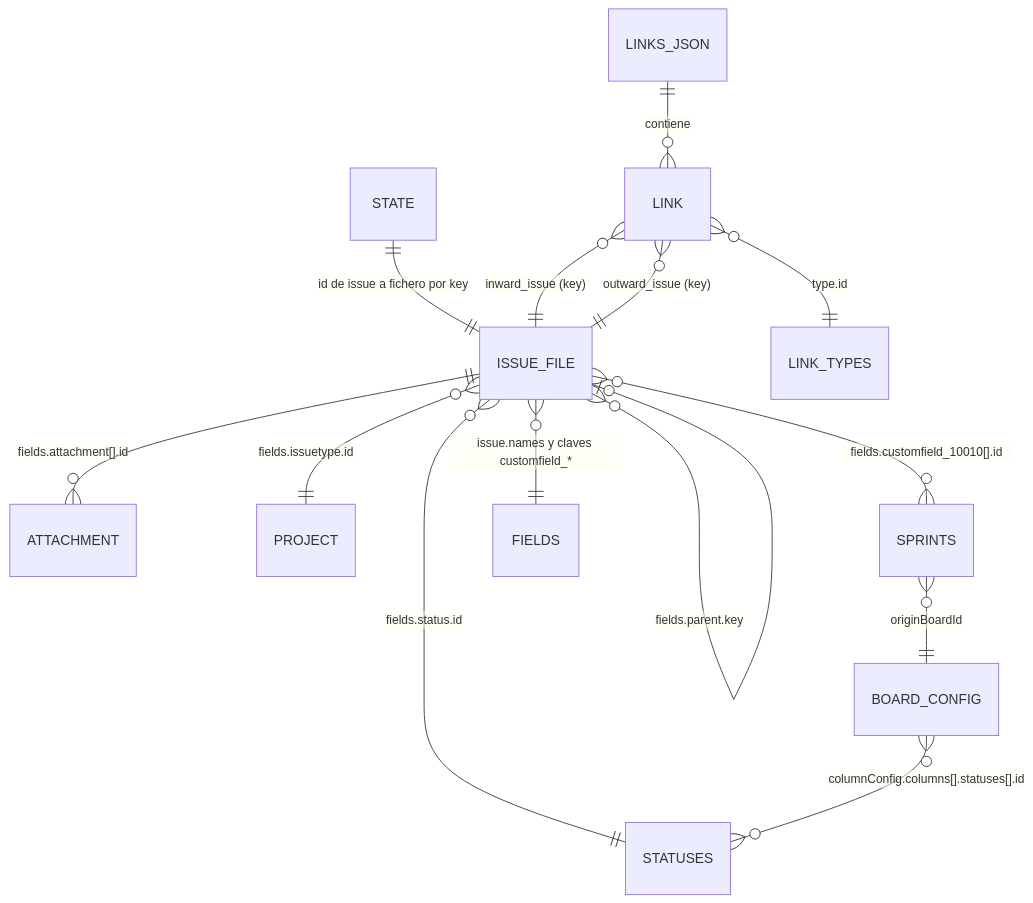
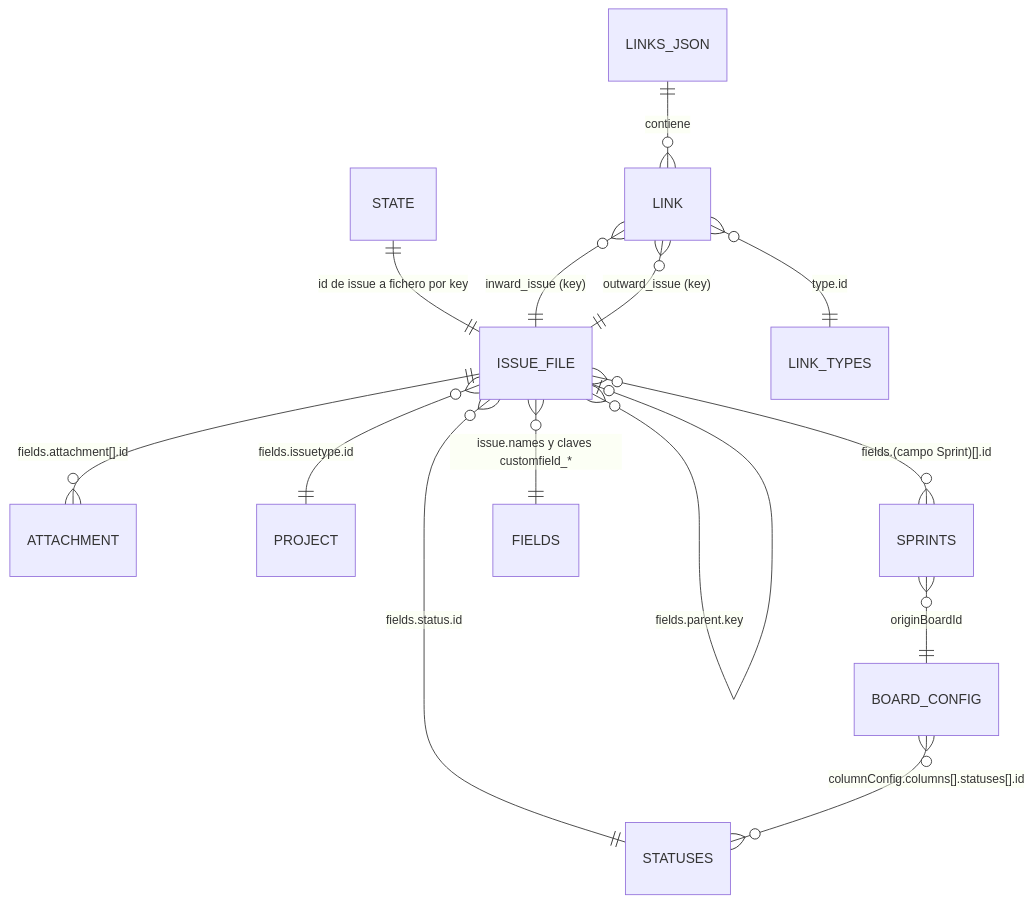
Before and after one commit to alexmarco/jira-project-sync: the second of 2 diagrams in README.md, drawn with Mermaid. The commit also changed other lines of this file and 1 other file, not shown here.

````diff
--- a/README.md
+++ b/README.md
@@ -143,16 +143,16 @@
 ```mermaid
 erDiagram
     STATE ||--|| ISSUE_FILE : "id de issue a fichero por key"
     ISSUE_FILE ||--o{ ATTACHMENT : "fields.attachment[].id"
     ISSUE_FILE }o--o| ISSUE_FILE : "fields.parent.key"
     LINKS_JSON ||--o{ LINK : contiene
     LINK }o--|| ISSUE_FILE : "inward_issue (key)"
     LINK }o--|| ISSUE_FILE : "outward_issue (key)"
     LINK }o--|| LINK_TYPES : "type.id"
     ISSUE_FILE }o--|| STATUSES : "fields.status.id"
     ISSUE_FILE }o--|| PROJECT : "fields.issuetype.id"
-    ISSUE_FILE }o--o{ SPRINTS : "fields.customfield_10010[].id"
+    ISSUE_FILE }o--o{ SPRINTS : "fields.(campo Sprint)[].id"
     ISSUE_FILE }o--|| FIELDS : "issue.names y claves customfield_*"
     BOARD_CONFIG }o--o{ STATUSES : "columnConfig.columns[].statuses[].id"
     SPRINTS }o--|| BOARD_CONFIG : "originBoardId"
 ```
````
